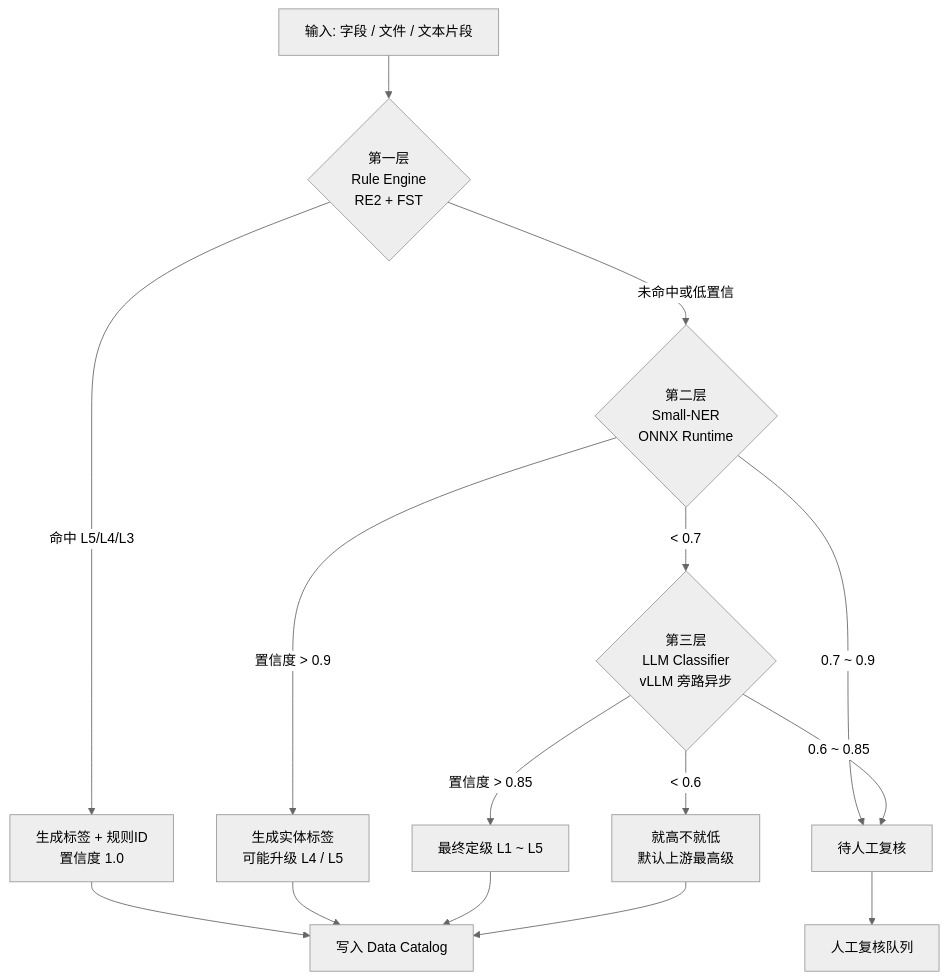
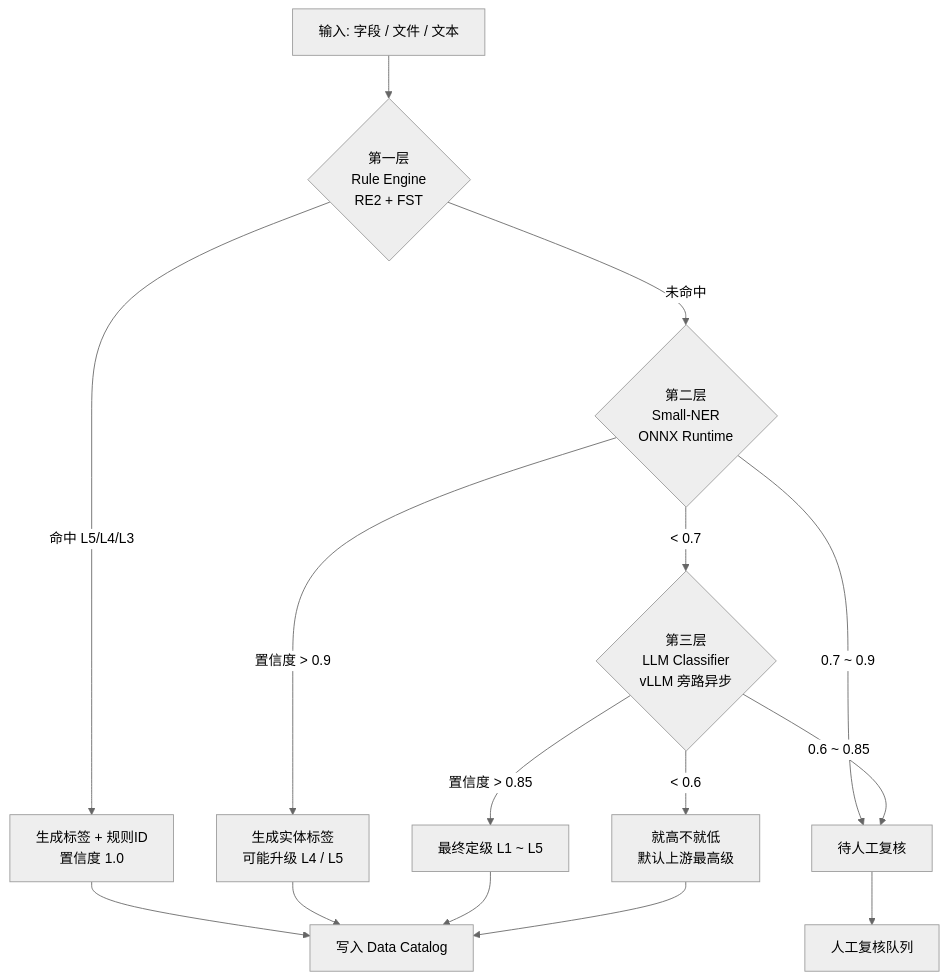
Before and after one commit to fengzhizi319/sfwork: the seventh of 11 diagrams in docs/二次开发项目计划.md, drawn with Mermaid (neutral theme). The commit also changed other lines of this file, not shown here.

Commit message:
docs: 重写二次开发项目计划为顺序推进版，增加 Mermaid 图表

````diff
--- a/docs/二次开发项目计划.md
+++ b/docs/二次开发项目计划.md
@@ -178,17 +304,17 @@
 ```mermaid
 flowchart TD
-    A[输入: 字段 / 文件 / 文本片段] --> B{第一层<br/>Rule Engine<br/>RE2 + FST}
+    A[输入: 字段 / 文件 / 文本] --> B{第一层<br/>Rule Engine<br/>RE2 + FST}
     B -->|命中 L5/L4/L3| C[生成标签 + 规则ID<br/>置信度 1.0]
-    B -->|未命中或低置信| D{第二层<br/>Small-NER<br/>ONNX Runtime}
+    B -->|未命中| D{第二层<br/>Small-NER<br/>ONNX Runtime}
     D -->|置信度 > 0.9| E[生成实体标签<br/>可能升级 L4 / L5]
     D -->|0.7 ~ 0.9| F[待人工复核]
     D -->|< 0.7| G{第三层<br/>LLM Classifier<br/>vLLM 旁路异步}
     G -->|置信度 > 0.85| H[最终定级 L1 ~ L5]
     G -->|0.6 ~ 0.85| F
     G -->|< 0.6| I[就高不就低<br/>默认上游最高级]
     C --> J[写入 Data Catalog]
     E --> J
     H --> J
     I --> J
     F --> K[人工复核队列]
 ```
````
